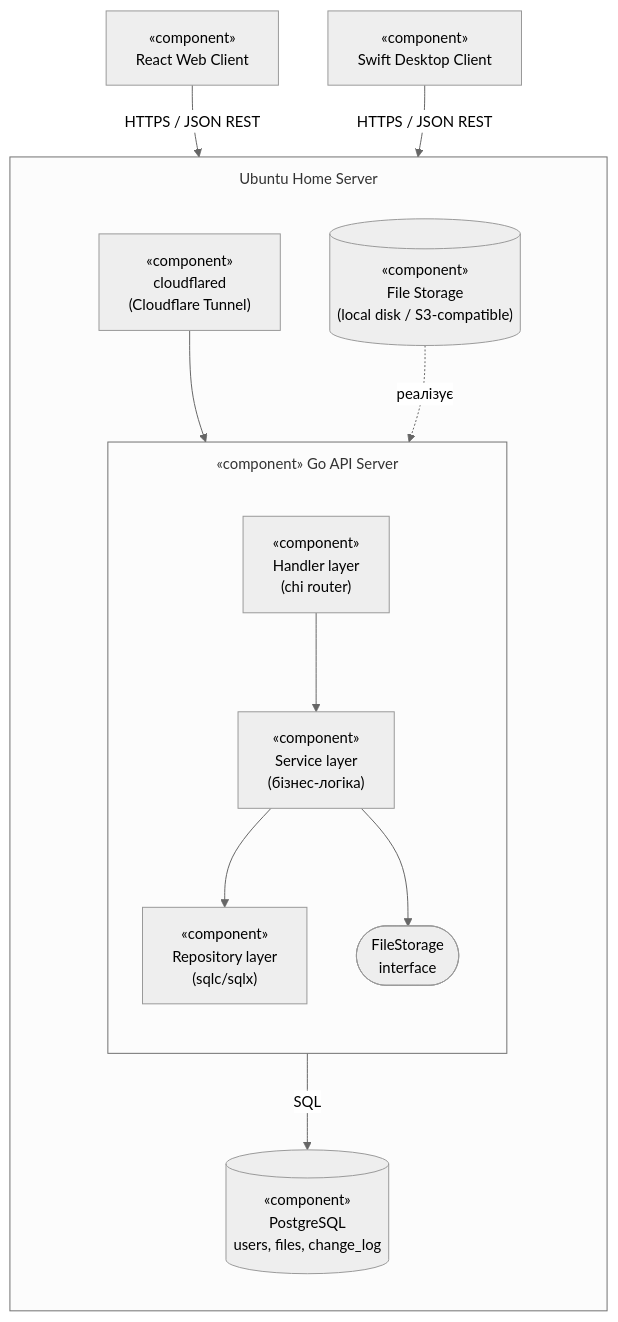
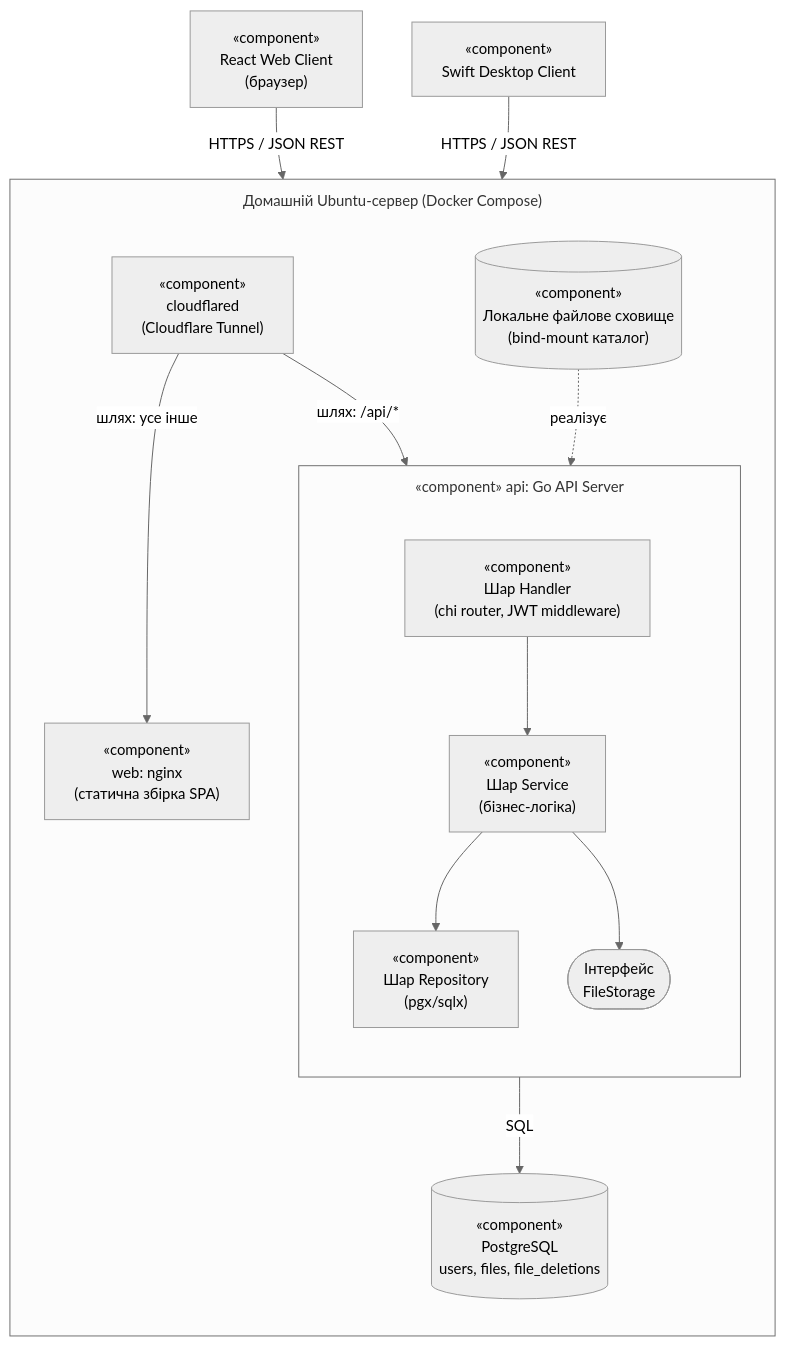
One commit to Shitcode-Swamp/file-space changed the diagram in docs/diagrams-uml/src/ua/09-component.mmd. Above: the diagram before and after it, drawn with Mermaid. The commit also changed 55 other files, not shown here.

Commit message:
Diagrams and report

```diff
--- a/docs/diagrams-uml/src/ua/09-component.mmd
+++ b/docs/diagrams-uml/src/ua/09-component.mmd
@@ -1,29 +1,31 @@
 %%{init: {'theme': 'neutral', 'themeVariables': {'fontSize': '15px'}, 'flowchart': {'subGraphTitleMargin': {'top': 10, 'bottom': 15}}}}%%
 flowchart TB
-    WebC["«component»<br/>React Web Client"]
+    WebC["«component»<br/>React Web Client<br/>(браузер)"]
     SwiftC["«component»<br/>Swift Desktop Client"]
 
-    subgraph EDGE["Ubuntu Home Server"]
+    subgraph EDGE["Домашній Ubuntu-сервер (Docker Compose)"]
         direction TB
         CFT["«component»<br/>cloudflared<br/>(Cloudflare Tunnel)"]
+        Web["«component»<br/>web: nginx<br/>(статична збірка SPA)"]
 
-        subgraph API["«component» Go API Server"]
+        subgraph API["«component» api: Go API Server"]
             direction TB
-            Handler["«component»<br/>Handler layer<br/>(chi router)"]
-            Service["«component»<br/>Service layer<br/>(бізнес-логіка)"]
-            Repo["«component»<br/>Repository layer<br/>(sqlc/sqlx)"]
-            IFileStorage(["FileStorage<br/>interface"])
+            Handler["«component»<br/>Шар Handler<br/>(chi router, JWT middleware)"]
+            Service["«component»<br/>Шар Service<br/>(бізнес-логіка)"]
+            Repo["«component»<br/>Шар Repository<br/>(pgx/sqlx)"]
+            IFileStorage(["Інтерфейс<br/>FileStorage"])
             Handler --> Service
             Service --> Repo
             Service --> IFileStorage
         end
 
-        PG[("«component»<br/>PostgreSQL<br/>users, files, change_log")]
-        Storage[("«component»<br/>File Storage<br/>(local disk / S3-compatible)")]
+        PG[("«component»<br/>PostgreSQL<br/>users, files, file_deletions")]
+        Storage[("«component»<br/>Локальне файлове сховище<br/>(bind-mount каталог)")]
     end
 
     WebC -- "HTTPS / JSON REST" --> CFT
     SwiftC -- "HTTPS / JSON REST" --> CFT
-    CFT --> Handler
+    CFT -- "шлях: /api/*" --> Handler
+    CFT -- "шлях: усе інше" --> Web
     Repo -- "SQL" --> PG
     Storage -. "реалізує" .-> IFileStorage
```
